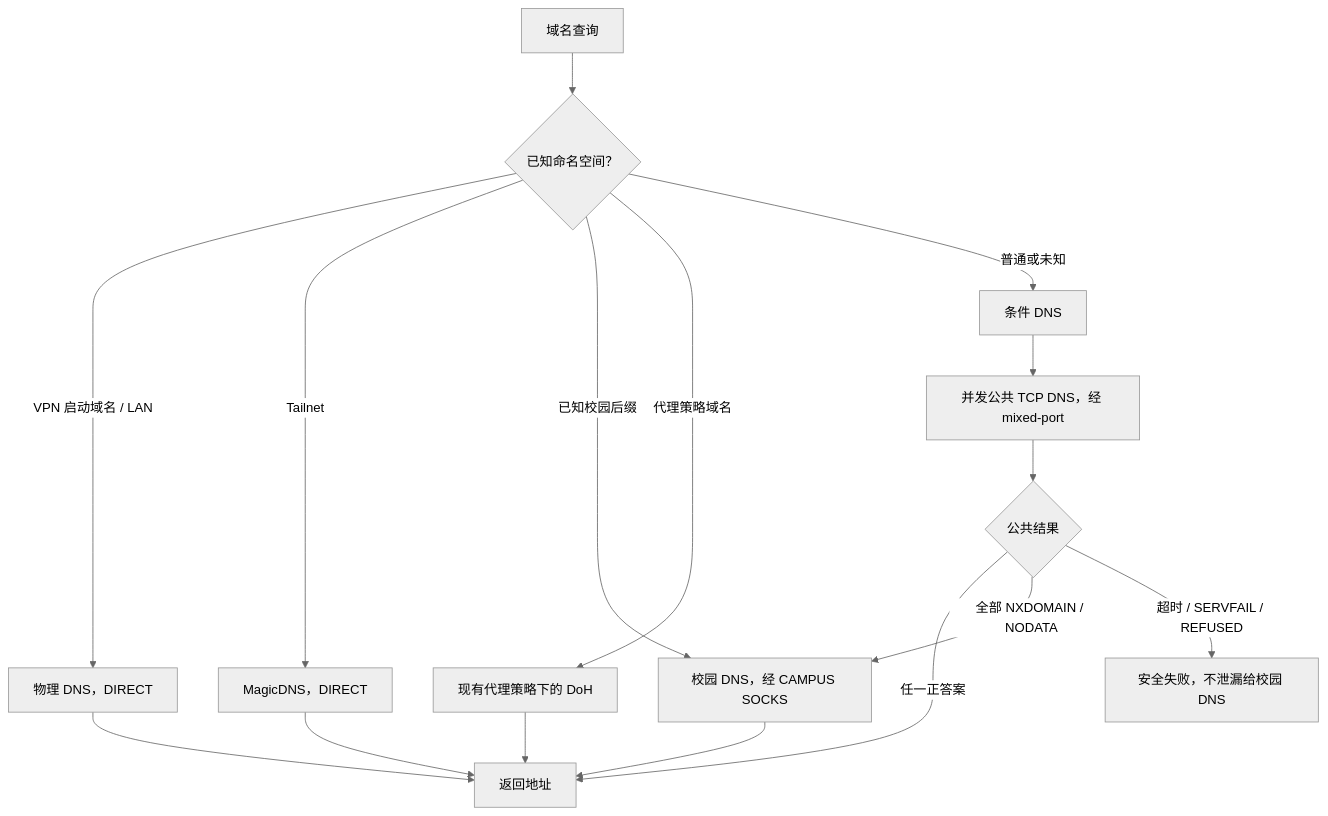
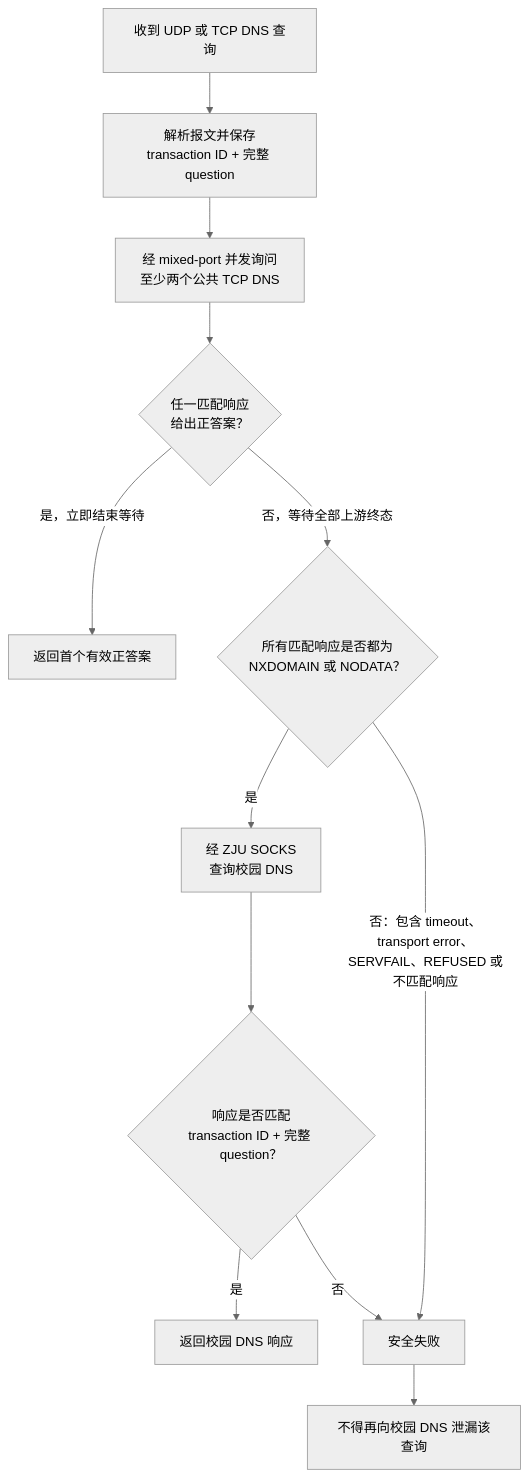
One commit to Anchorite-no/zjunet-skill changed the fifth of 7 diagrams in docs/architecture.md. Above: the diagram before and after it, drawn with Mermaid (neutral theme). The commit also changed other lines of this file and 1 other file, not shown here.

Commit message:
Document complete DNS request lifecycle

````diff
--- a/docs/architecture.md
+++ b/docs/architecture.md
@@ -7,18 +373,14 @@
 ```mermaid
 flowchart TD
-    Q["域名查询"] --> CLASSIFY{"已知命名空间？"}
-    CLASSIFY -->|"VPN 启动域名 / LAN"| PHY["物理 DNS，DIRECT"]
-    CLASSIFY -->|"Tailnet"| MAGIC["MagicDNS，DIRECT"]
-    CLASSIFY -->|"已知校园后缀"| CAMPUS["校园 DNS，经 CAMPUS SOCKS"]
-    CLASSIFY -->|"代理策略域名"| DOH["现有代理策略下的 DoH"]
-    CLASSIFY -->|"普通或未知"| CONDITIONAL["条件 DNS"]
-    CONDITIONAL --> PUBLIC["并发公共 TCP DNS，经 mixed-port"]
-    PUBLIC --> DECIDE{"公共结果"}
-    DECIDE -->|"任一正答案"| IP["返回地址"]
-    DECIDE -->|"全部 NXDOMAIN / NODATA"| CAMPUS
-    DECIDE -->|"超时 / SERVFAIL / REFUSED"| FAIL["安全失败，不泄漏给校园 DNS"]
-    PHY --> IP
-    MAGIC --> IP
-    CAMPUS --> IP
-    DOH --> IP
+    Q["收到 UDP 或 TCP DNS 查询"] --> VALIDATE["解析报文并保存<br/>transaction ID + 完整 question"]
+    VALIDATE --> FANOUT["经 mixed-port 并发询问<br/>至少两个公共 TCP DNS"]
+    FANOUT --> ANY{"任一匹配响应<br/>给出正答案？"}
+    ANY -->|"是，立即结束等待"| POSITIVE["返回首个有效正答案"]
+    ANY -->|"否，等待全部上游终态"| ALLNEG{"所有匹配响应是否都为<br/>NXDOMAIN 或 NODATA？"}
+    ALLNEG -->|"是"| CAMPUSQ["经 ZJU SOCKS<br/>查询校园 DNS"]
+    CAMPUSQ --> CAMPUSVALID{"响应是否匹配<br/>transaction ID + 完整 question？"}
+    CAMPUSVALID -->|"是"| CAMPUSRESP["返回校园 DNS 响应"]
+    CAMPUSVALID -->|"否"| FAIL["安全失败"]
+    ALLNEG -->|"否：包含 timeout、transport error、<br/>SERVFAIL、REFUSED 或不匹配响应"| FAIL
+    FAIL --> NOLEAK["不得再向校园 DNS 泄漏该查询"]
 ```
````
